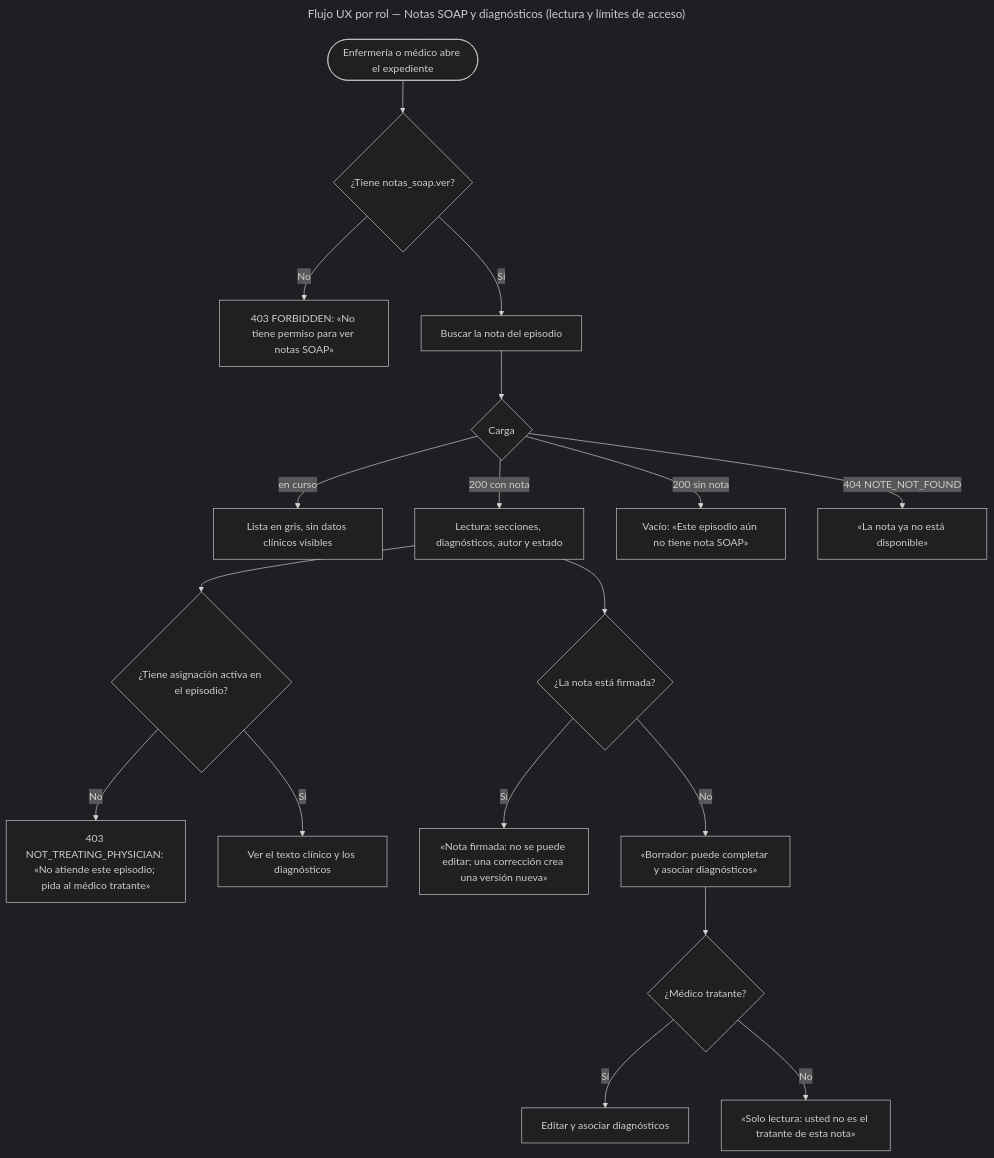
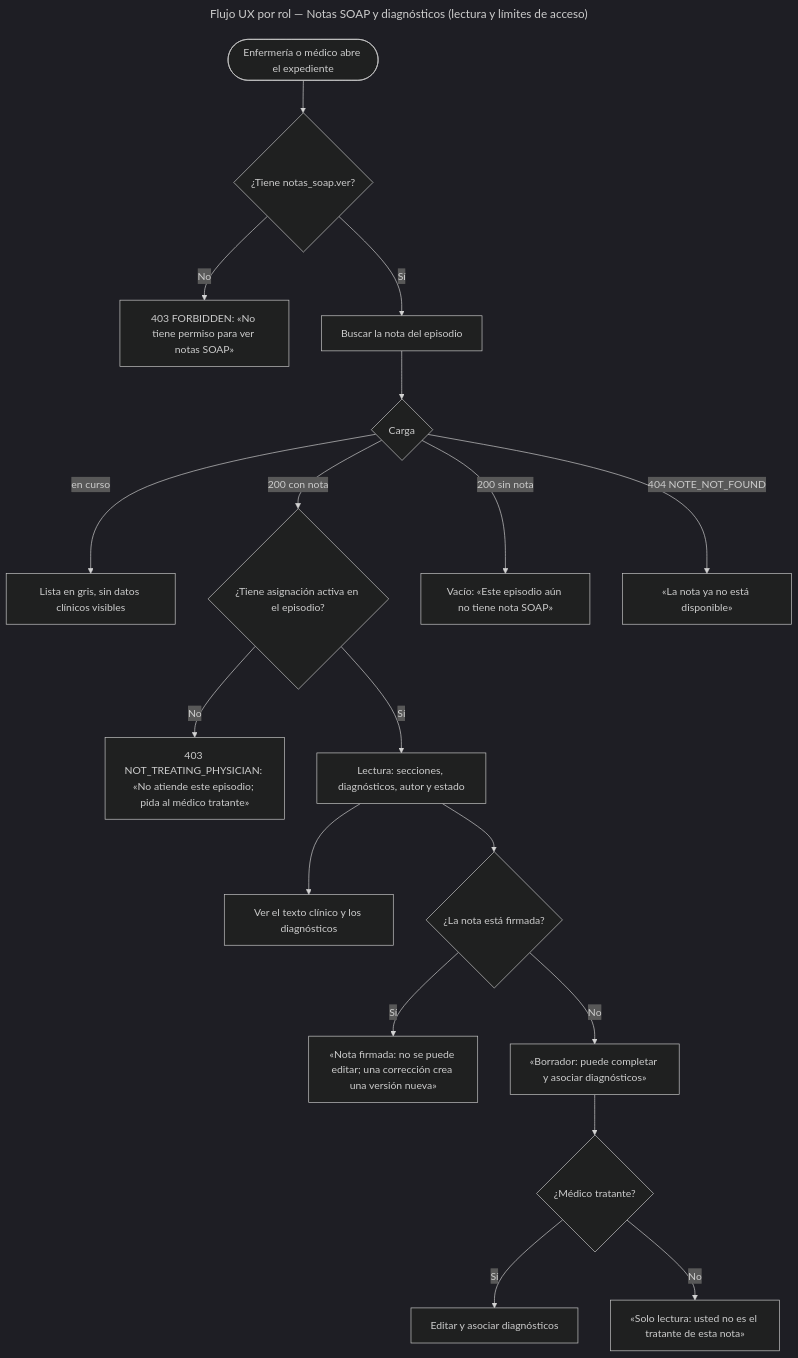
Before and after one commit to AxelHerrera11/sistema-hospitalario-integrado: the second of 2 diagrams in docs/notas-soap/semana-08/README.md, drawn with Mermaid (dark theme). The commit also changed 2 other files, not shown here.

Commit message:
fix(semana-8): comprobar permiso y asignación antes de mostrar el texto clínico en el flujo de lectura (ASII-11)

````diff
--- a/docs/notas-soap/semana-08/README.md
+++ b/docs/notas-soap/semana-08/README.md
@@ -75,23 +75,23 @@
 ```mermaid
 ---
 title: "Flujo UX por rol — Notas SOAP y diagnósticos (lectura y límites de acceso)"
 ---
 flowchart TD
   open([Enfermería o médico abre el expediente]) --> ver{¿Tiene notas_soap.ver?}
   ver -- No --> d403[403 FORBIDDEN: «No tiene permiso para ver notas SOAP»]
   ver -- Sí --> buscar[Buscar la nota del episodio]
   buscar --> carga{Carga}
   carga -- en curso --> spinner[Lista en gris, sin datos clínicos visibles]
-  carga -- 200 con nota --> vista[Lectura: secciones, diagnósticos, autor y estado]
+  carga -- 200 con nota --> trat{¿Tiene asignación activa en el episodio?}
   carga -- 200 sin nota --> vacio[Vacío: «Este episodio aún no tiene nota SOAP»]
   carga -- 404 NOTE_NOT_FOUND --> d404[«La nota ya no está disponible»]
-  vista --> trat{¿Tiene asignación activa en el episodio?}
   trat -- No --> d403t[403 NOT_TREATING_PHYSICIAN: «No atiende este episodio; pida al médico tratante»]
-  trat -- Sí --> lect[Ver el texto clínico y los diagnósticos]
+  trat -- Sí --> vista[Lectura: secciones, diagnósticos, autor y estado]
+  vista --> lect[Ver el texto clínico y los diagnósticos]
   vista --> firmado{¿La nota está firmada?}
   firmado -- Sí --> inmutable[«Nota firmada: no se puede editar; una corrección crea una versión nueva»]
   firmado -- No --> editable[«Borrador: puede completar y asociar diagnósticos»]
   editable --> med{¿Médico tratante?}
   med -- Sí --> editar[Editar y asociar diagnósticos]
   med -- No --> sololect[«Solo lectura: usted no es el tratante de esta nota»]
 ```
````
